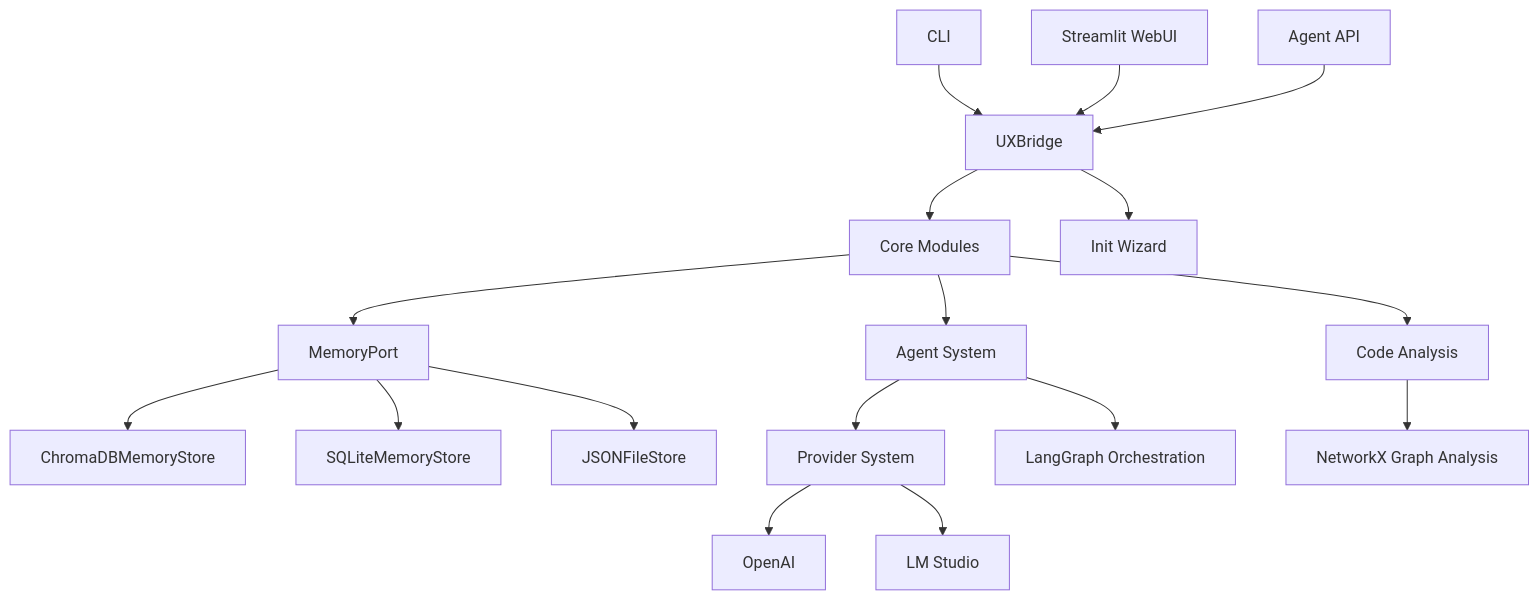
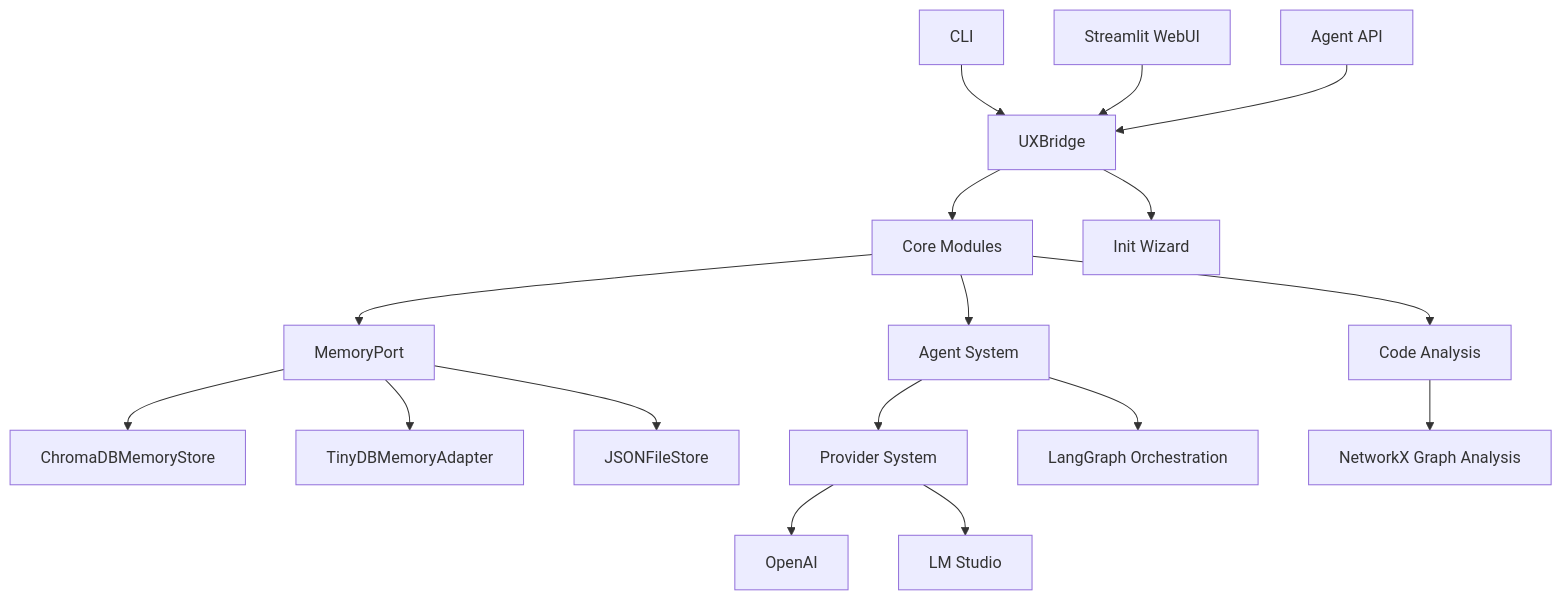
Before and after one commit to ravenoak/devsynth: the first of 2 diagrams in docs/architecture/overview.md, drawn with Mermaid. The commit also changed other lines of this file and 8 other files, not shown here.

Commit message:
docs: update architecture diagrams and pseudocode

````diff
--- a/docs/architecture/overview.md
+++ b/docs/architecture/overview.md
@@ -33,19 +33,19 @@
 ```mermaid
 graph TD
     CLI[CLI] --> UXBridge[UXBridge]
     WebUI[Streamlit WebUI] --> UXBridge
     API[Agent API] --> UXBridge
     UXBridge --> B[Core Modules]
     UXBridge --> IW[Init Wizard]
     B --> C[Agent System]
     B --> D[Code Analysis]
     B --> E[MemoryPort]
     E --> F[ChromaDBMemoryStore]
-    E --> G[SQLiteMemoryStore]
+    E --> G[TinyDBMemoryAdapter]
     E --> H[JSONFileStore]
     C --> I[Provider System]
     I --> J[OpenAI]
     I --> K[LM Studio]
     C --> L[LangGraph Orchestration]
     D --> M[NetworkX Graph Analysis]
 ```
````
